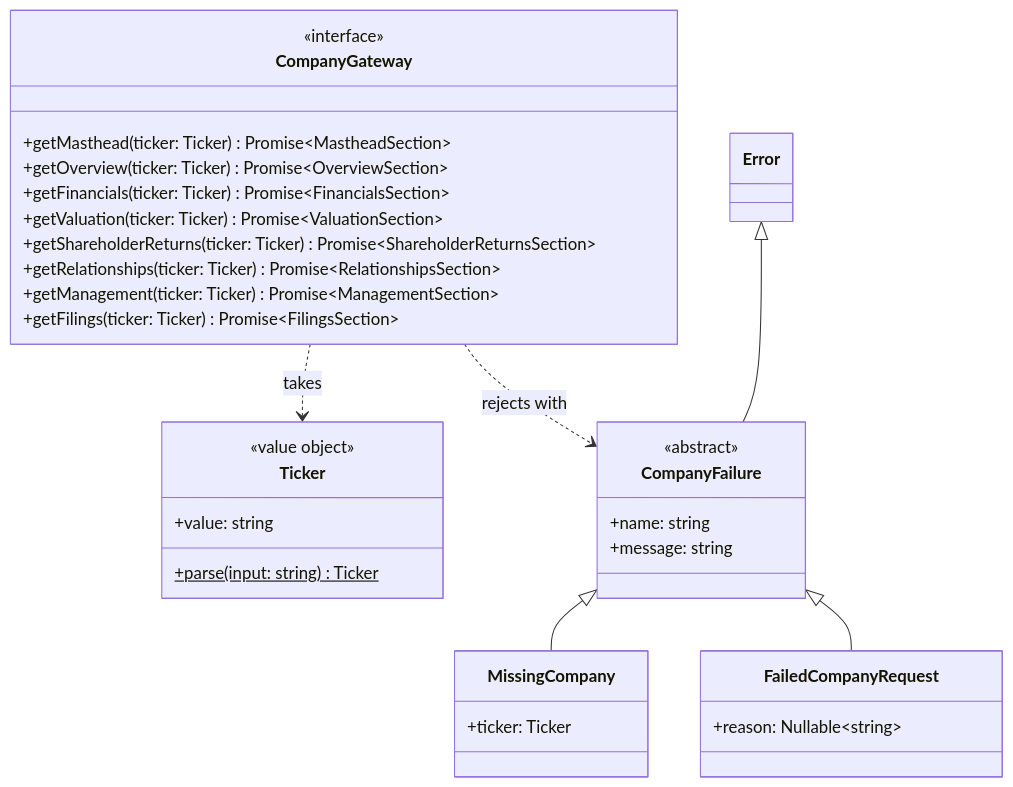
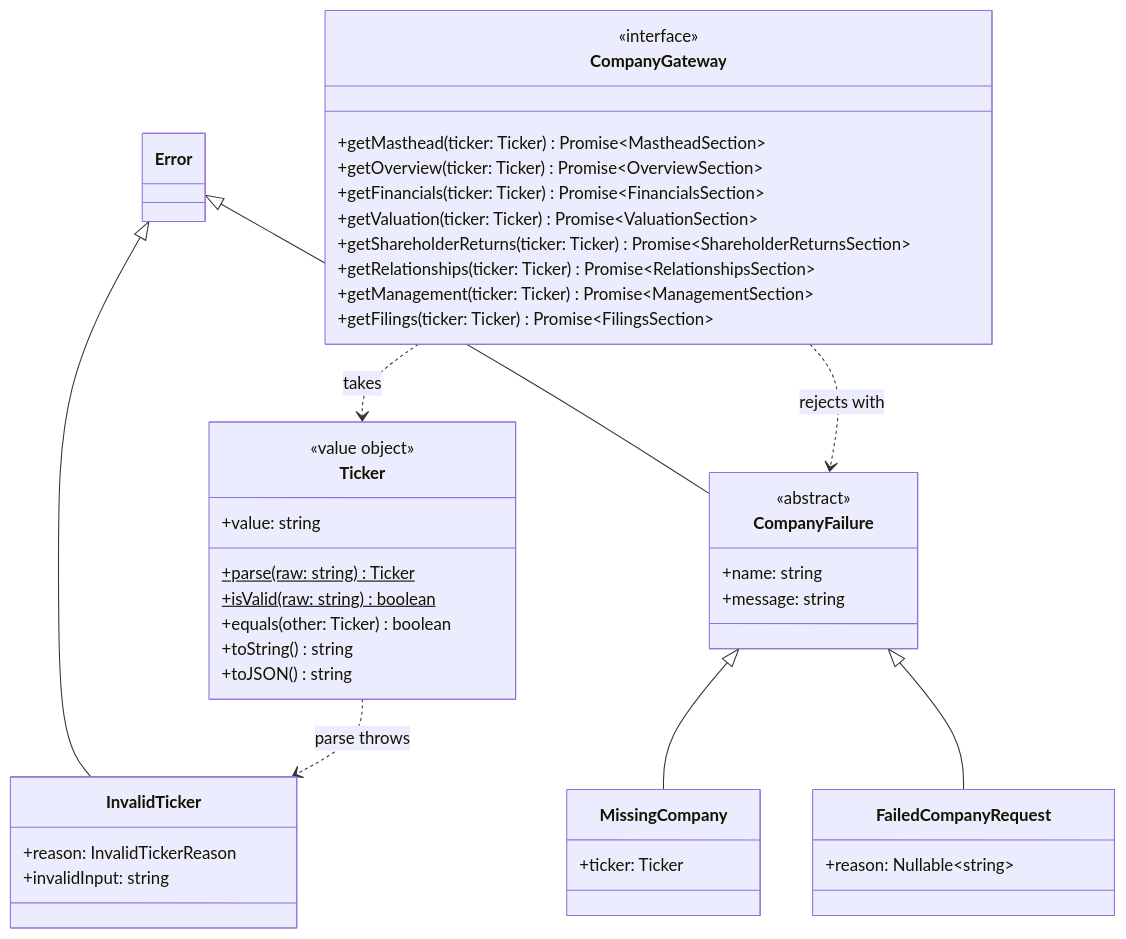
Before and after one commit to ironcapitaleu/frontend: the first of 7 diagrams in design/uml_class_diagram/company_data_model.md, drawn with Mermaid. The commit also changed other lines of this file and 1 other file, not shown here.

````diff
--- a/design/uml_class_diagram/company_data_model.md
+++ b/design/uml_class_diagram/company_data_model.md
@@ -31,35 +52,45 @@
 ```mermaid
 classDiagram
     class CompanyGateway {
         <<interface>>
         +getMasthead(ticker: Ticker) Promise~MastheadSection~
         +getOverview(ticker: Ticker) Promise~OverviewSection~
         +getFinancials(ticker: Ticker) Promise~FinancialsSection~
         +getValuation(ticker: Ticker) Promise~ValuationSection~
         +getShareholderReturns(ticker: Ticker) Promise~ShareholderReturnsSection~
         +getRelationships(ticker: Ticker) Promise~RelationshipsSection~
         +getManagement(ticker: Ticker) Promise~ManagementSection~
         +getFilings(ticker: Ticker) Promise~FilingsSection~
     }
     class Ticker {
         <<value object>>
         +value: string
-        +parse(input: string)$ Ticker
+        +parse(raw: string) Ticker$
+        +isValid(raw: string) boolean$
+        +equals(other: Ticker) boolean
+        +toString() string
+        +toJSON() string
+    }
+    class InvalidTicker {
+        +reason: InvalidTickerReason
+        +invalidInput: string
     }
     class CompanyFailure {
         <<abstract>>
         +name: string
         +message: string
     }
     class MissingCompany {
         +ticker: Ticker
     }
     class FailedCompanyRequest {
         +reason: Nullable~string~
     }
+    Error <|-- InvalidTicker
     Error <|-- CompanyFailure
     CompanyFailure <|-- MissingCompany
     CompanyFailure <|-- FailedCompanyRequest
+    Ticker ..> InvalidTicker : parse throws
     CompanyGateway ..> Ticker : takes
     CompanyGateway ..> CompanyFailure : rejects with
 ```
````
